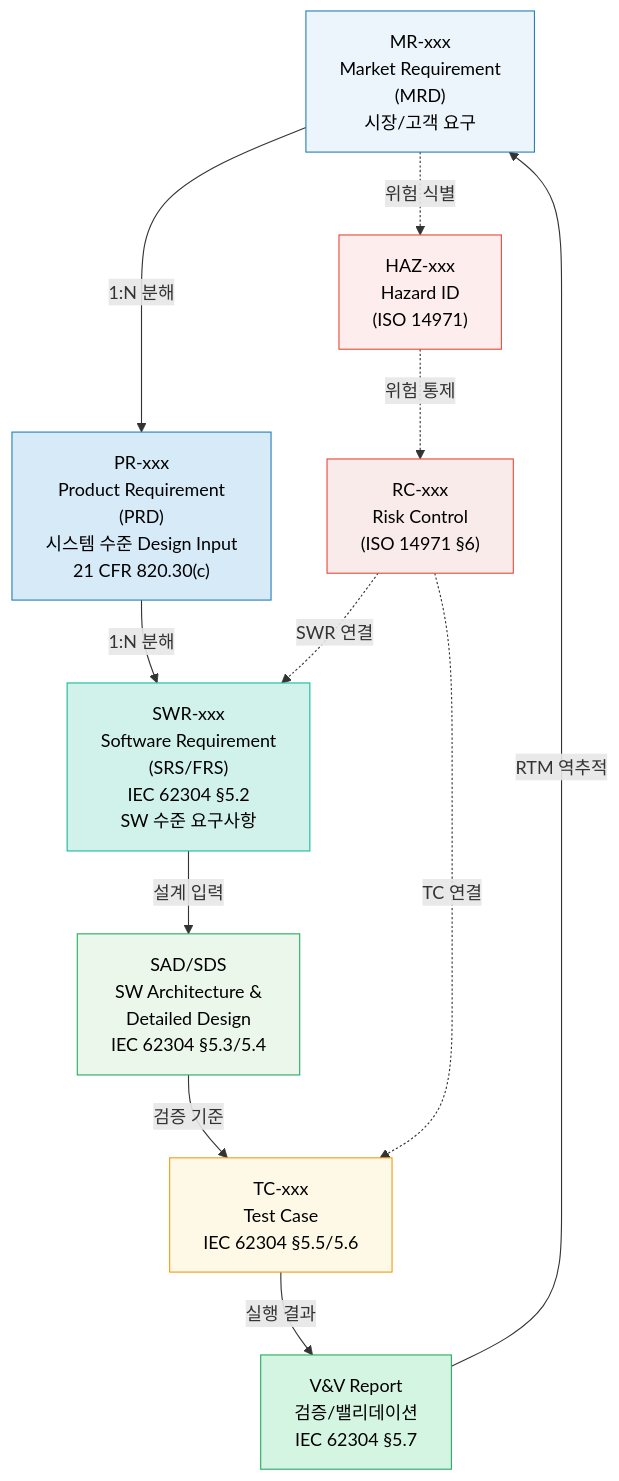
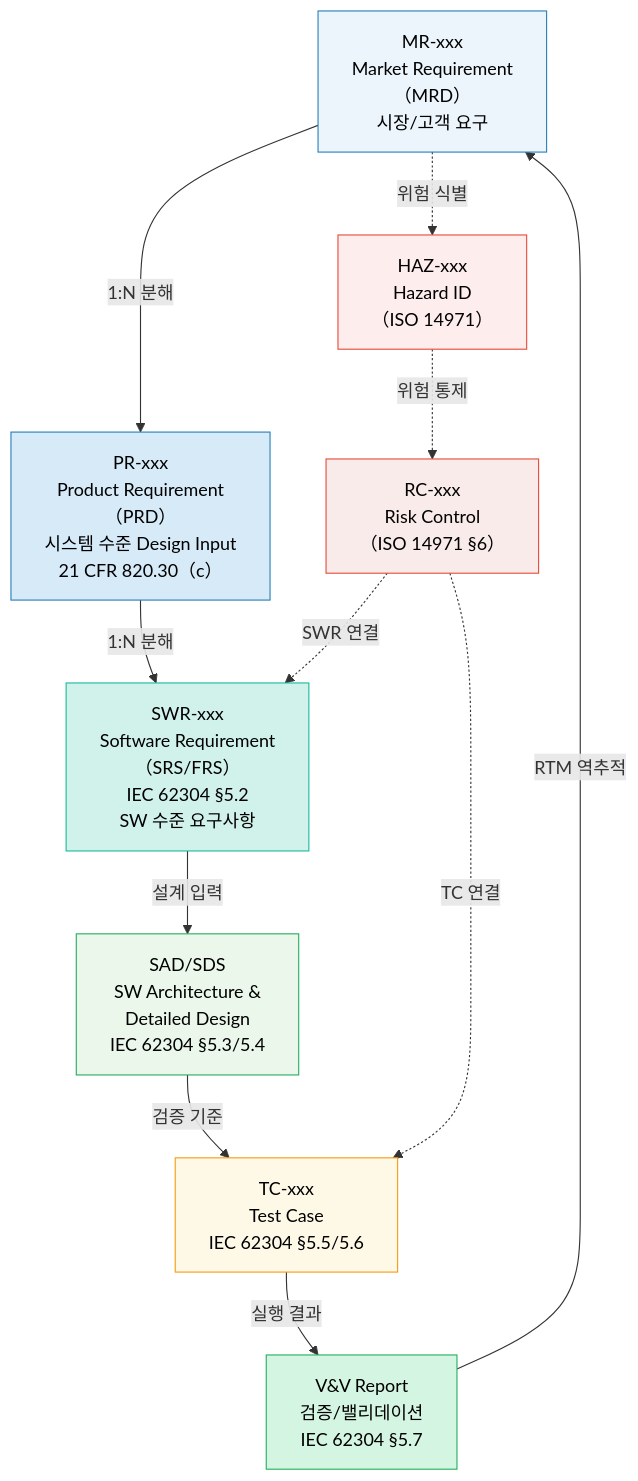
Before and after one commit to holee9/console-gui: the first of 10 diagrams in docs/management/WBS-001_WBS_v1.0.md, drawn with Mermaid. The commit also changed other lines of this file and 22 other files, not shown here.

First line of the commit message:
fix: Mermaid flowchart 노드 내 괄호 파싱 오류 전면 수정

````diff
--- a/docs/management/WBS-001_WBS_v1.0.md
+++ b/docs/management/WBS-001_WBS_v1.0.md
@@ -34,34 +34,34 @@
 ```mermaid
 flowchart TD
     classDef default fill:#444,stroke:#666,color:#fff
-    MR["MR-xxx\nMarket Requirement\n(MRD)\n시장/고객 요구"]
-    PR["PR-xxx\nProduct Requirement\n(PRD)\n시스템 수준 Design Input\n21 CFR 820.30(c)"]
-    SWR["SWR-xxx\nSoftware Requirement\n(SRS/FRS)\nIEC 62304 §5.2\nSW 수준 요구사항"]
+    MR["MR-xxx\nMarket Requirement\n（MRD）\n시장/고객 요구"]
+    PR["PR-xxx\nProduct Requirement\n（PRD）\n시스템 수준 Design Input\n21 CFR 820.30（c）"]
+    SWR["SWR-xxx\nSoftware Requirement\n（SRS/FRS）\nIEC 62304 §5.2\nSW 수준 요구사항"]
     SAD["SAD/SDS\nSW Architecture &\nDetailed Design\nIEC 62304 §5.3/5.4"]
     TC["TC-xxx\nTest Case\nIEC 62304 §5.5/5.6"]
     VV["V&V Report\n검증/밸리데이션\nIEC 62304 §5.7"]
 
     MR -->|"1:N 분해"| PR
     PR -->|"1:N 분해"| SWR
     SWR -->|"설계 입력"| SAD
     SAD -->|"검증 기준"| TC
     TC -->|"실행 결과"| VV
     VV -->|"RTM 역추적"| MR
 
-    HAZ["HAZ-xxx\nHazard ID\n(ISO 14971)"]
-    RC["RC-xxx\nRisk Control\n(ISO 14971 §6)"]
+    HAZ["HAZ-xxx\nHazard ID\n（ISO 14971）"]
+    RC["RC-xxx\nRisk Control\n（ISO 14971 §6）"]
 
     MR -.->|"위험 식별"| HAZ
     HAZ -.->|"위험 통제"| RC
     RC -.->|"SWR 연결"| SWR
     RC -.->|"TC 연결"| TC
 
     style MR fill:#EBF5FB,stroke:#2980B9,color:#000
     style PR fill:#D6EAF8,stroke:#2980B9,color:#000
     style SWR fill:#D1F2EB,stroke:#1ABC9C,color:#000
     style SAD fill:#EAF7EA,stroke:#27AE60,color:#000
     style TC fill:#FEF9E7,stroke:#F39C12,color:#000
     style VV fill:#D5F5E3,stroke:#27AE60,color:#000
     style HAZ fill:#FDEDEC,stroke:#E74C3C,color:#000
     style RC fill:#F9EBEA,stroke:#E74C3C,color:#000
 ```
````
